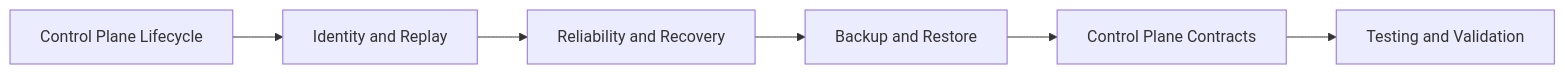
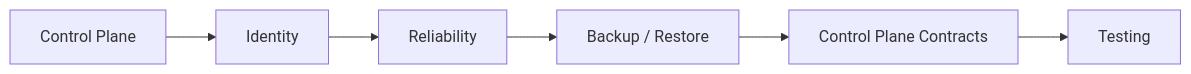
The tenth of 12 diagrams in docs/README.md (tks18/personal-finance-etl), drawn with Mermaid before and after one commit. The commit also changed other lines of this file, not shown here.

````diff
--- a/docs/README.md
+++ b/docs/README.md
@@ -118,4 +306,4 @@
 ```mermaid
 flowchart LR
-    A["Control Plane Lifecycle"] --> B["Identity and Replay"] --> C["Reliability and Recovery"] --> D["Backup and Restore"] --> E["Control Plane Contracts"] --> F["Testing and Validation"]
+    C["Control Plane"] --> I["Identity"] --> R["Reliability"] --> B["Backup / Restore"] --> CPR["Control Plane Contracts"] --> T["Testing"]
 ```
````
